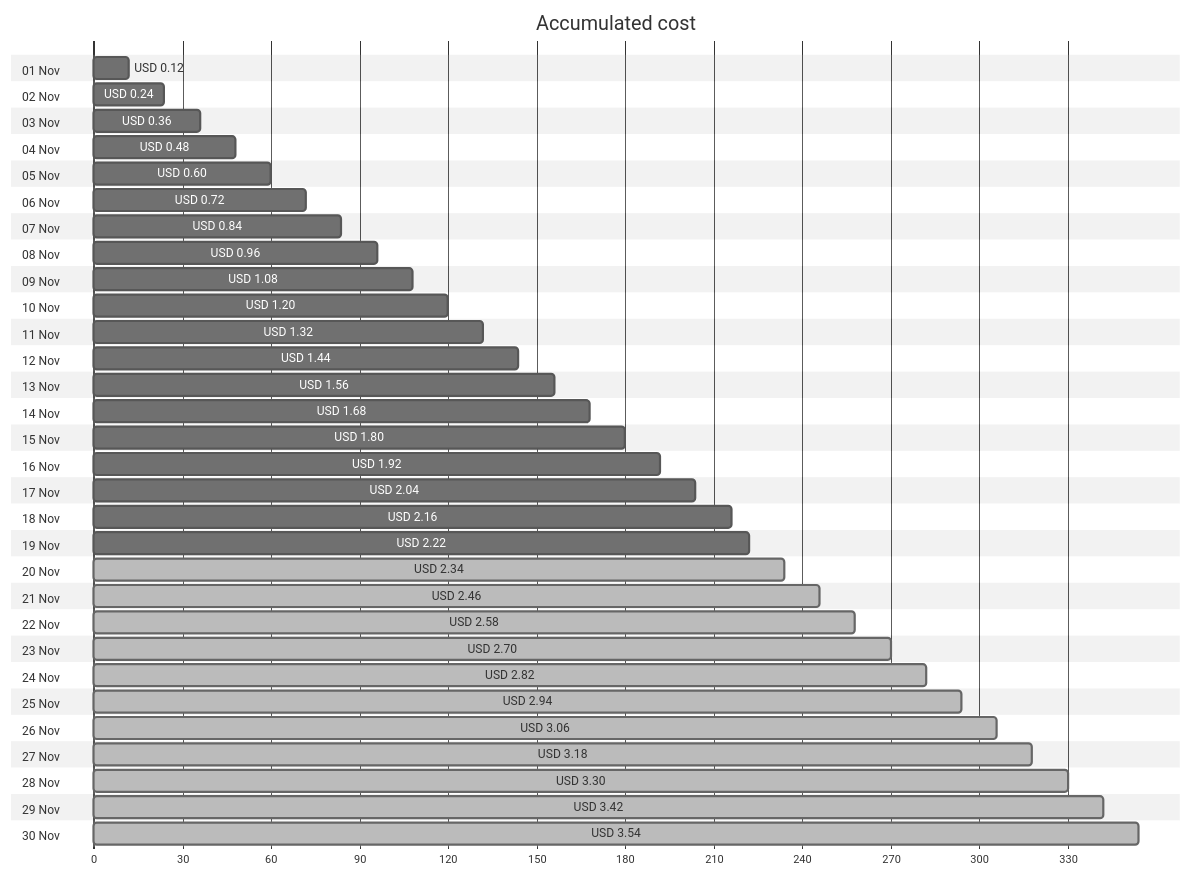
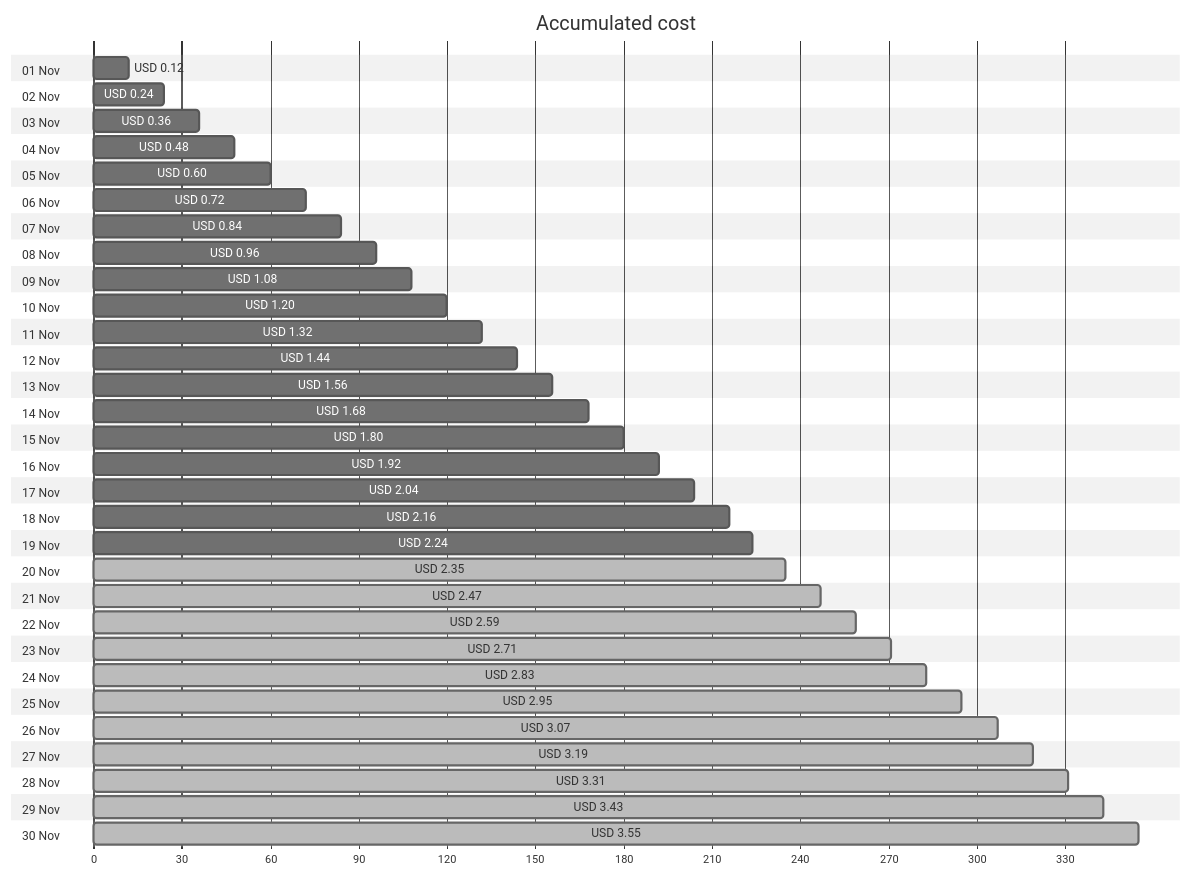
One commit to jpfulton/azure-personal-reports changed the first of 4 diagrams in cost-reports/personal-network/vpn-server-public-ip.md. Above: the diagram before and after it, drawn with Mermaid (neutral theme). The commit also changed other lines of this file and 8 other files, not shown here.

````diff
--- a/cost-reports/personal-network/vpn-server-public-ip.md
+++ b/cost-reports/personal-network/vpn-server-public-ip.md
@@ -20,66 +20,66 @@
 ```mermaid
 gantt
    title Accumulated cost
    dateFormat  X
    axisFormat %s
    section 01 Nov
    USD 0.12 :0, 12
    section 02 Nov
    USD 0.24 :0, 24
    section 03 Nov
    USD 0.36 :0, 36
    section 04 Nov
    USD 0.48 :0, 48
    section 05 Nov
    USD 0.60 :0, 60
    section 06 Nov
    USD 0.72 :0, 72
    section 07 Nov
    USD 0.84 :0, 84
    section 08 Nov
    USD 0.96 :0, 96
    section 09 Nov
    USD 1.08 :0, 108
    section 10 Nov
    USD 1.20 :0, 120
    section 11 Nov
    USD 1.32 :0, 132
    section 12 Nov
    USD 1.44 :0, 144
    section 13 Nov
    USD 1.56 :0, 156
    section 14 Nov
    USD 1.68 :0, 168
    section 15 Nov
    USD 1.80 :0, 180
    section 16 Nov
    USD 1.92 :0, 192
    section 17 Nov
    USD 2.04 :0, 204
    section 18 Nov
    USD 2.16 :0, 216
    section 19 Nov
-   USD 2.22 :0, 222
+   USD 2.24 :0, 224
    section 20 Nov
-   USD 2.34 : done, 0, 234
+   USD 2.35 : done, 0, 235
    section 21 Nov
-   USD 2.46 : done, 0, 246
+   USD 2.47 : done, 0, 247
    section 22 Nov
-   USD 2.58 : done, 0, 258
+   USD 2.59 : done, 0, 259
    section 23 Nov
-   USD 2.70 : done, 0, 270
+   USD 2.71 : done, 0, 271
    section 24 Nov
-   USD 2.82 : done, 0, 282
+   USD 2.83 : done, 0, 283
    section 25 Nov
-   USD 2.94 : done, 0, 294
+   USD 2.95 : done, 0, 295
    section 26 Nov
-   USD 3.06 : done, 0, 306
+   USD 3.07 : done, 0, 307
    section 27 Nov
-   USD 3.18 : done, 0, 318
+   USD 3.19 : done, 0, 319
    section 28 Nov
-   USD 3.30 : done, 0, 330
+   USD 3.31 : done, 0, 331
    section 29 Nov
-   USD 3.42 : done, 0, 342
+   USD 3.43 : done, 0, 343
    section 30 Nov
-   USD 3.54 : done, 0, 354
+   USD 3.55 : done, 0, 355
 ```
````
